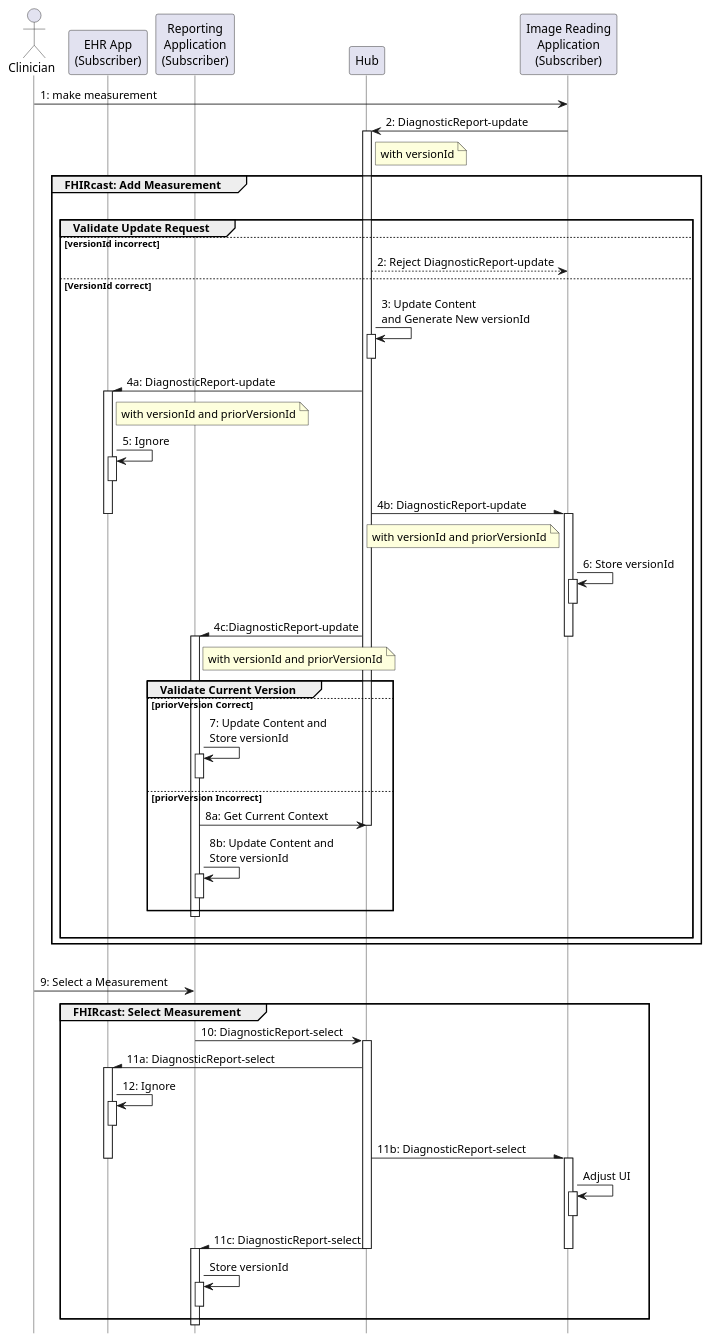
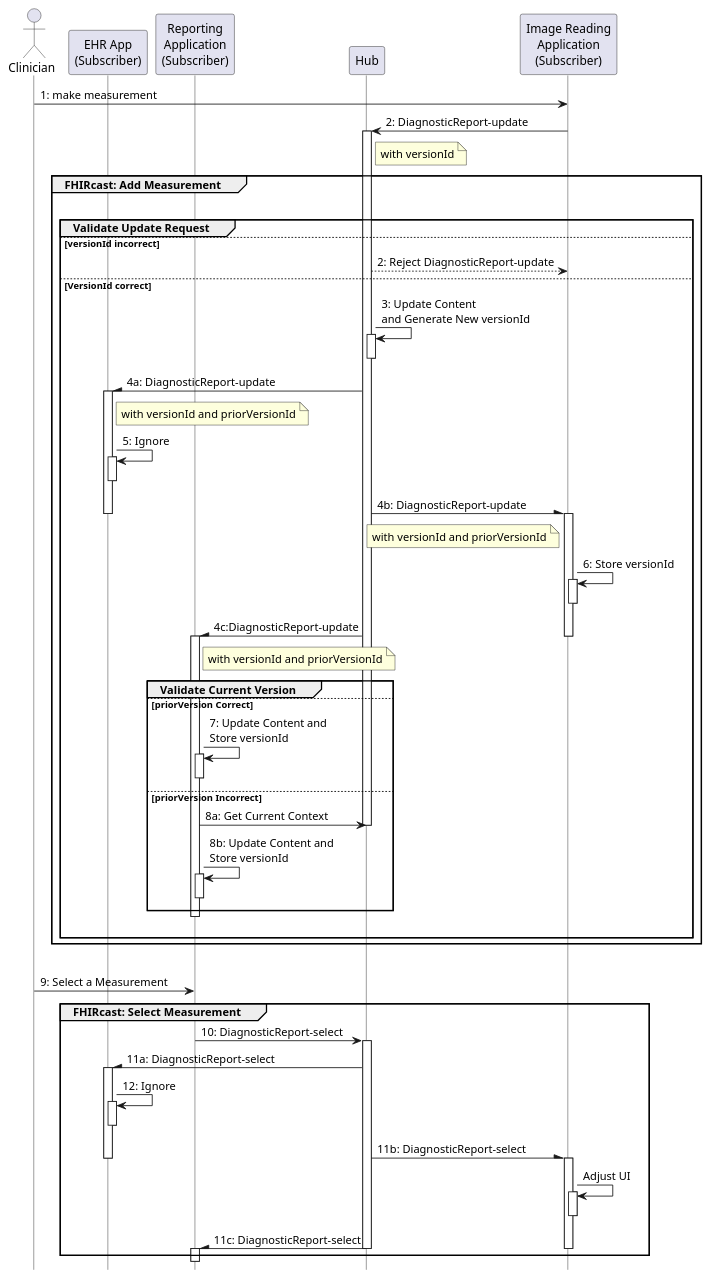
One commit to HL7/fhircast-docs changed the diagram in input/images-source/ContentExchangeShareContent.plantuml. Above: the diagram before and after it, drawn with PlantUML.

Commit message:
select doesn't store versionId
correct svg

```diff
--- a/input/images-source/ContentExchangeShareContent.plantuml
+++ b/input/images-source/ContentExchangeShareContent.plantuml
@@ -1,67 +1,66 @@
 @startuml
 skinparam shadowing false
 skinparam lifelineStrategy nosolid
 hide footbox
 
 actor Clinician
 participant "EHR App\n(Subscriber)" as EHR
 participant "Reporting\nApplication\n(Subscriber)" as RepApp
 participant Hub
 participant "Image Reading\nApplication\n(Subscriber)" as App1
 
 Clinician -> App1: 1: make measurement
 App1 -> Hub++: 2: DiagnosticReport-update
 note right Hub: with versionId
 
 group FHIRcast: Add Measurement
 |||
 group Validate Update Request
 else versionId incorrect
 Hub --> App1:2: Reject DiagnosticReport-update
 else VersionId correct
 Hub -> Hub++--: 3: Update Content \nand Generate New versionId
 Hub -\ EHR: 4a: DiagnosticReport-update
 activate EHR
 note right EHR: with versionId and priorVersionId
 EHR -> EHR++--: 5: Ignore
 Hub -\ App1: 4b: DiagnosticReport-update
 deactivate EHR
 note left App1: with versionId and priorVersionId
 activate App1
 App1 -> App1++--: 6: Store versionId
 Hub -\ RepApp: 4c:DiagnosticReport-update
 deactivate App1
 note right RepApp: with versionId and priorVersionId
 activate RepApp
 group Validate Current Version
 else priorVersion Correct
 RepApp -> RepApp++--: 7: Update Content and\nStore versionId
 else priorVersion Incorrect
 RepApp -> Hub: 8a: Get Current Context
 deactivate Hub
 RepApp -> RepApp++--: 8b: Update Content and\nStore versionId
 end
 deactivate RepApp
 |||
 end
 end
 |||
 Clinician -> RepApp: 9: Select a Measurement
 group FHIRcast: Select Measurement
 RepApp -> Hub: 10: DiagnosticReport-select
 activate Hub
 Hub -\ EHR: 11a: DiagnosticReport-select
 activate EHR
 EHR -> EHR++--: 12: Ignore
 Hub -\ App1: 11b: DiagnosticReport-select
 deactivate EHR
 activate App1
 App1 -> App1++--: Adjust UI
 Hub -\ RepApp: 11c: DiagnosticReport-select
 deactivate App1
 activate RepApp
 deactivate Hub
-RepApp -> RepApp++--: Store versionId
 end
 deactivate RepApp
 @enduml
```
